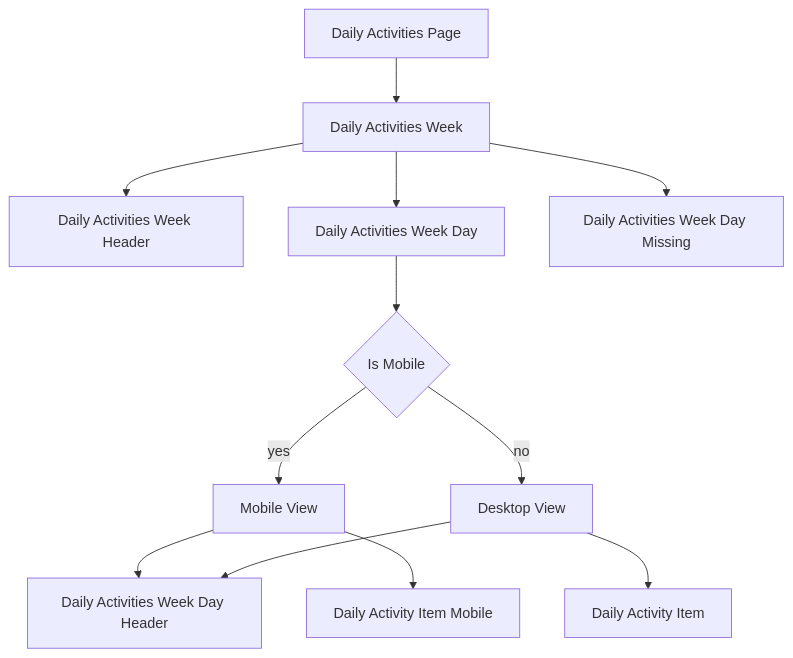
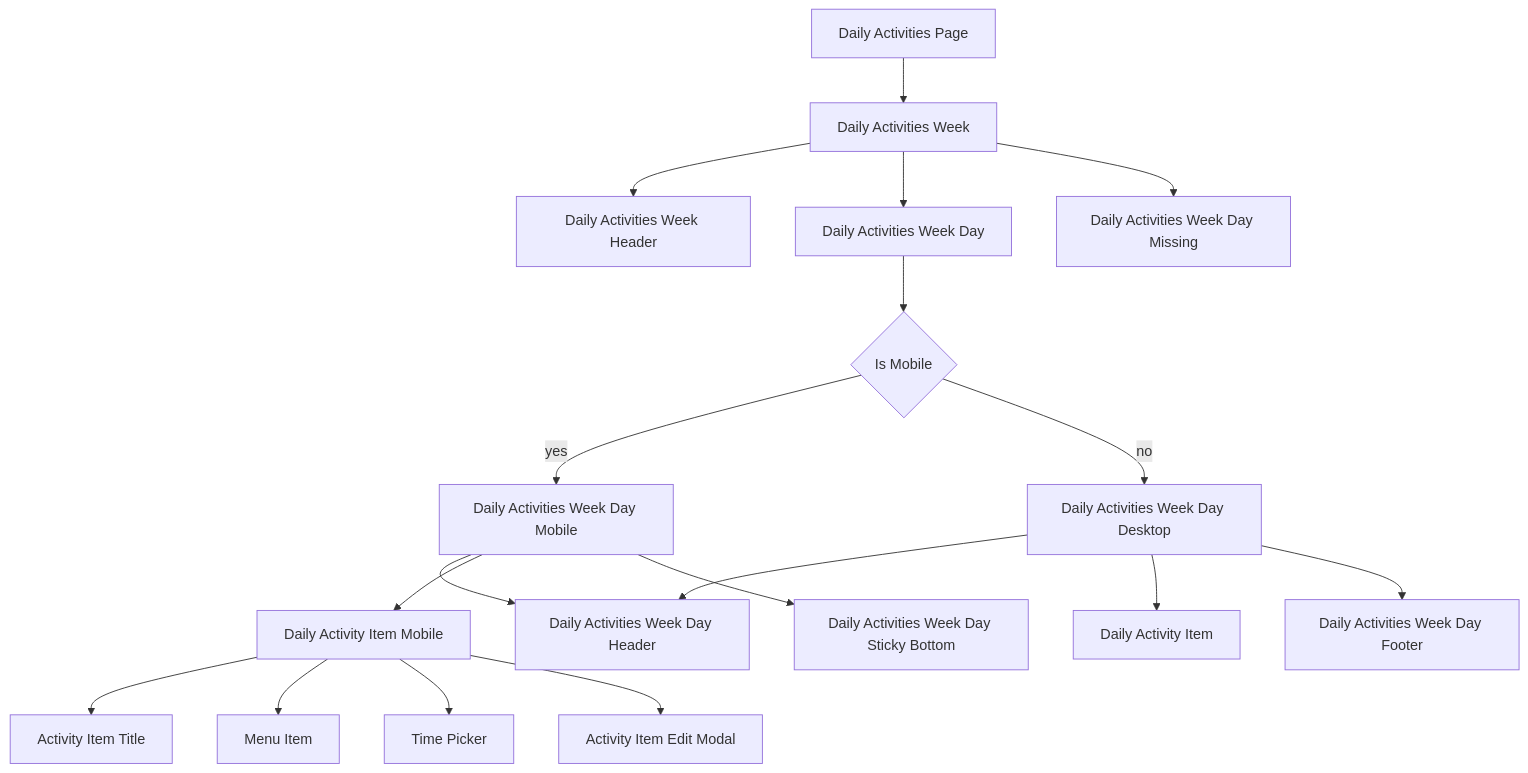
The diagram in docs/views/daily_activity_view.md (idenisovs/timesheet), drawn with Mermaid before and after one commit.

Commit message:
TST-65: Update Daily Activity View structure representation in Mermaid diagram.

````diff
--- a/docs/views/daily_activity_view.md
+++ b/docs/views/daily_activity_view.md
@@ -5,35 +5,48 @@
 ```mermaid
 flowchart TD
   DAP[Daily Activities Page]
   DAW[Daily Activities Week]
   DAWH[Daily Activities Week Header]
   DAWD[Daily Activities Week Day]
+  DAWDM[Daily Activities Week Day Missing]
+
+  DAWDMW[Daily Activities Week Day Mobile]
+  DAWDDW[Daily Activities Week Day Desktop]
+
   DAWDH[Daily Activities Week Day Header]
-  DAWDM[Daily Activities Week Day Missing]
-  
-  DAWDMW[Mobile View]
-  DAWDDW[Desktop View]
-  
-  
+  DAWDF[Daily Activities Week Day Footer]
+  DAWDSB[Daily Activities Week Day Sticky Bottom]
+
   DAI[Daily Activity Item]
   DAIM[Daily Activity Item Mobile]
-  
+
+  DAIMAIT[Activity Item Title]
+  DAIMMI[Menu Item]
+  DAIMTP[Time Picker]
+  DAIMAEM[Activity Item Edit Modal]
+
   IM{Is Mobile}
-  
+
   DAP --> DAW
   DAW --> DAWH
   DAW --> DAWD
   DAW --> DAWDM
-  
+
   DAWD --> IM
-  
+
   IM --"yes"--> DAWDMW
   IM --"no"--> DAWDDW
-  
+
   DAWDMW --> DAWDH
   DAWDMW --> DAIM
-  
+  DAWDMW --> DAWDSB
+
   DAWDDW --> DAWDH
   DAWDDW --> DAI
-  
+  DAWDDW --> DAWDF
+
+  DAIM --> DAIMAIT
+  DAIM --> DAIMMI
+  DAIM --> DAIMTP
+  DAIM --> DAIMAEM
 ```
````
